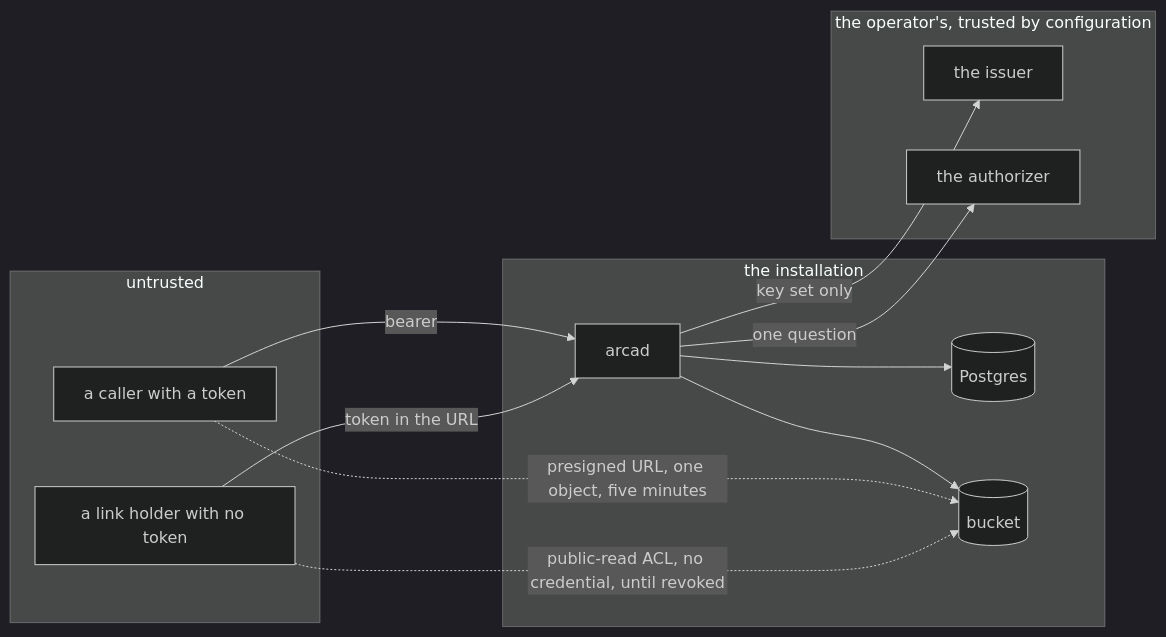
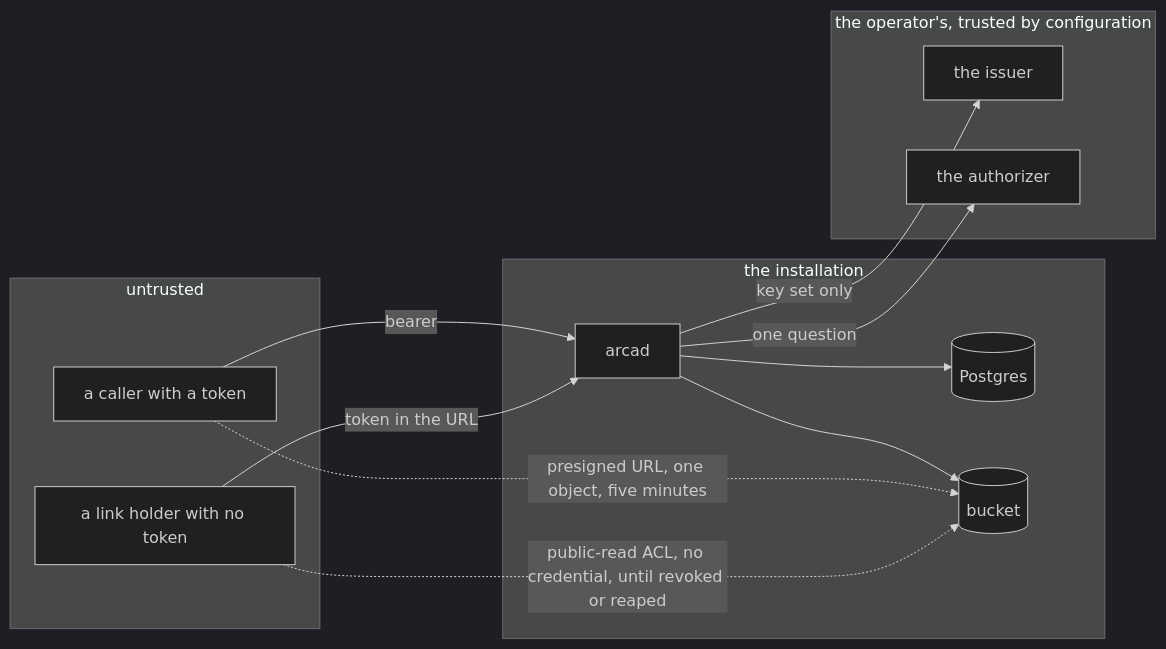
The first of 2 diagrams in specs/015-security-and-threat-model.md (latere-ai/arca), drawn with Mermaid (dark theme) before and after one commit. The commit also changed other lines of this file and 2 other files, not shown here.

Commit message:
specs: pass 7 clears the object of an expired public link, bucket first

````diff
--- a/specs/015-security-and-threat-model.md
+++ b/specs/015-security-and-threat-model.md
@@ -96,24 +101,24 @@
 ```mermaid
 flowchart LR
   subgraph untrusted[untrusted]
     C[a caller with a token]
     L[a link holder with no token]
   end
   subgraph core[the installation]
     A[arcad]
     P[(Postgres)]
     B[(bucket)]
   end
   subgraph operator[the operator's, trusted by configuration]
     I[the issuer]
     Z[the authorizer]
   end
   C -->|bearer| A
   L -->|token in the URL| A
   A --> P
   A --> B
   C -.->|presigned URL, one object, five minutes| B
-  L -.->|public-read ACL, no credential, until revoked| B
+  L -.->|public-read ACL, no credential, until revoked or reaped| B
   A -->|key set only| I
   A -->|one question| Z
 ```
````
